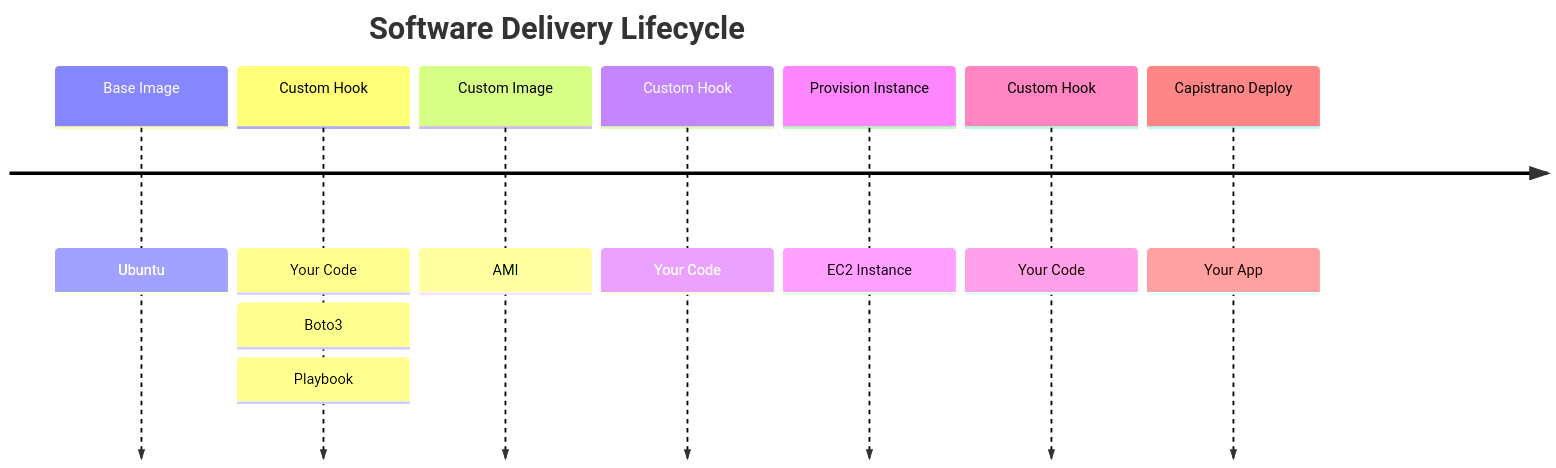
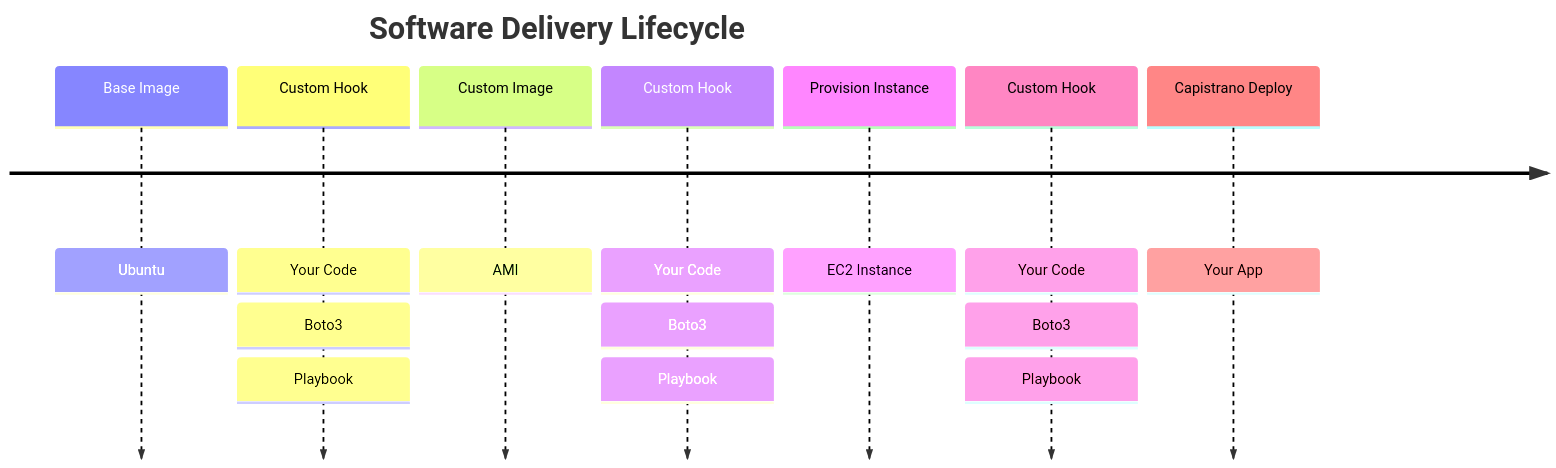
One commit to bparanj/hivegrid.dev changed the seventh of 9 diagrams in README.md. Above: the diagram before and after it, drawn with Mermaid.

Commit message:
Revise readme

````diff
--- a/README.md
+++ b/README.md
@@ -309,13 +309,17 @@
 ```mermaid
 timeline
     title Software Delivery Lifecycle
     Base Image : Ubuntu
     Custom Hook : Your Code
          : Boto3
          : Playbook
     Custom Image : AMI
     Custom Hook : Your Code
+         : Boto3
+         : Playbook    
     Provision Instance : EC2 Instance
     Custom Hook : Your Code
+         : Boto3
+         : Playbook
     Capistrano Deploy : Your App
 ```
````
